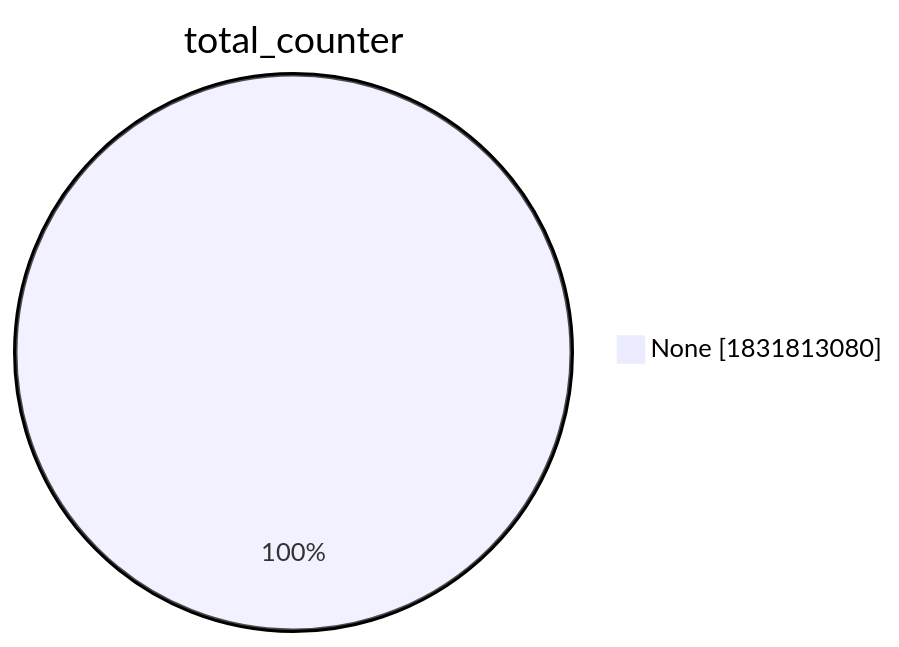
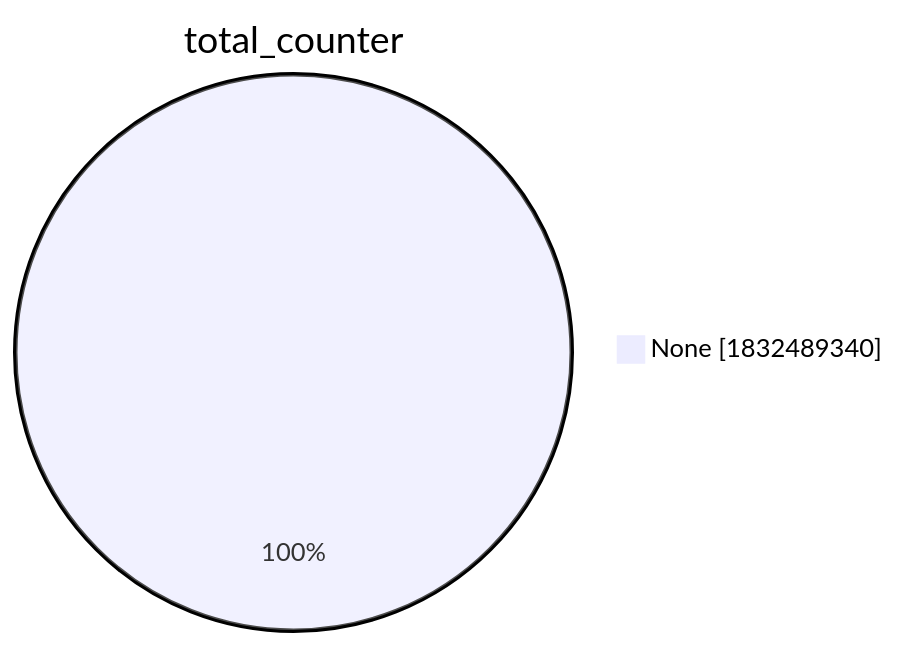
Before and after one commit to christiankrug/ctmonitor_visualization: the second of 15 diagrams in xenon2022/README.md, drawn with Mermaid. The commit also changed other lines of this file, not shown here.

````diff
--- a/xenon2022/README.md
+++ b/xenon2022/README.md
@@ -9,5 +9,5 @@
 ```mermaid
 pie showData
 title total_counter
-"None" :1831813080
+"None" :1832489340
 ```
````
